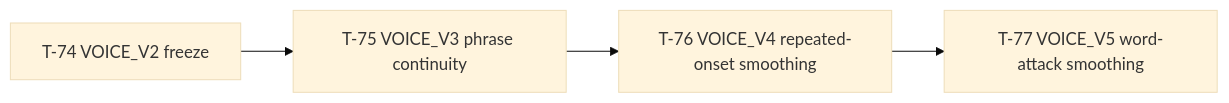
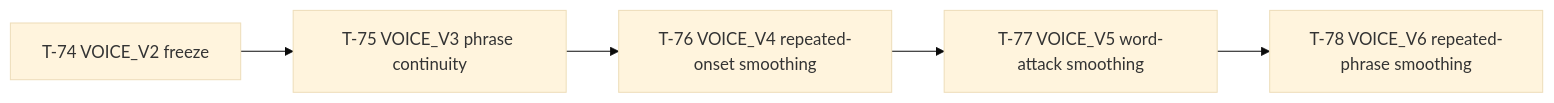
Before and after one commit to skeswa/dootdoot: the third of 3 diagrams in docs/plan.md, drawn with Mermaid (base theme). The commit also changed other lines of this file and 17 other files, not shown here.

First line of the commit message:
Smooth VOICE_V6 repeated phrase tremolo

````diff
--- a/docs/plan.md
+++ b/docs/plan.md
@@ -459,6 +469,7 @@
 ```mermaid
 flowchart LR
     T74[T-74 VOICE_V2 freeze] --> T75[T-75 VOICE_V3 phrase continuity]
     T75 --> T76[T-76 VOICE_V4 repeated-onset smoothing]
     T76 --> T77[T-77 VOICE_V5 word-attack smoothing]
+    T77 --> T78[T-78 VOICE_V6 repeated-phrase smoothing]
 ```
````
